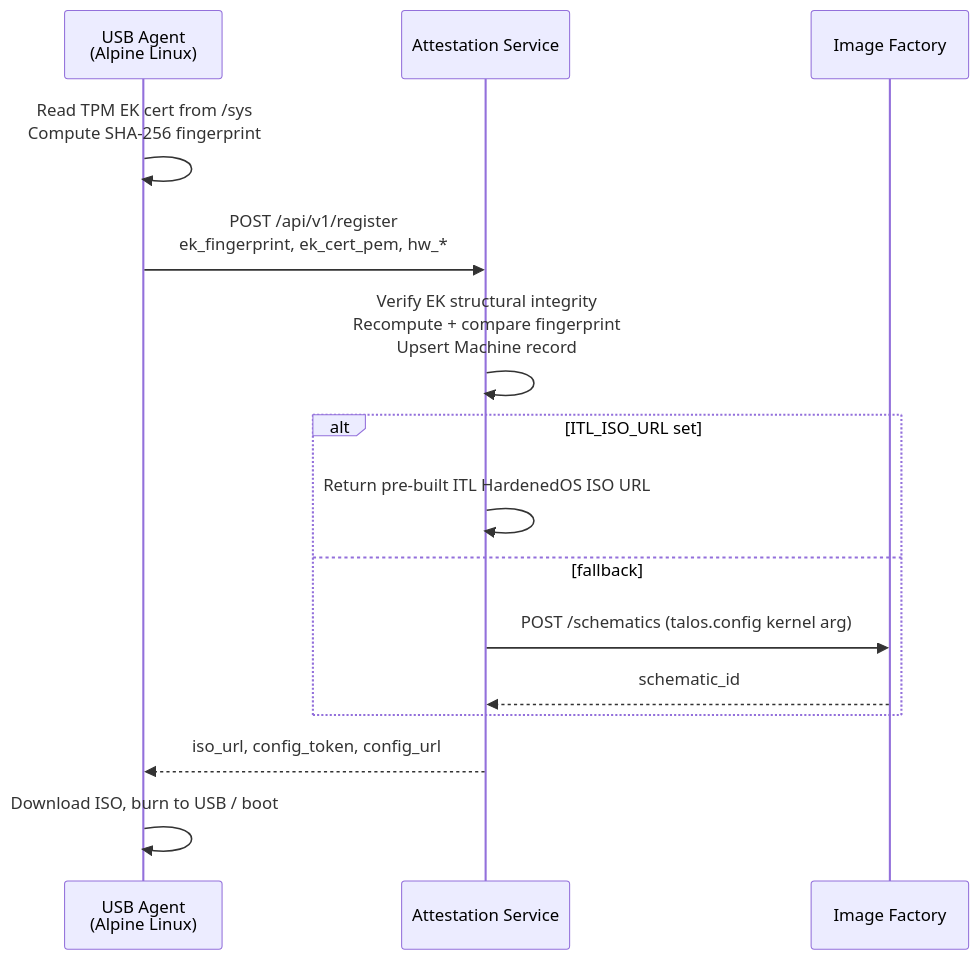
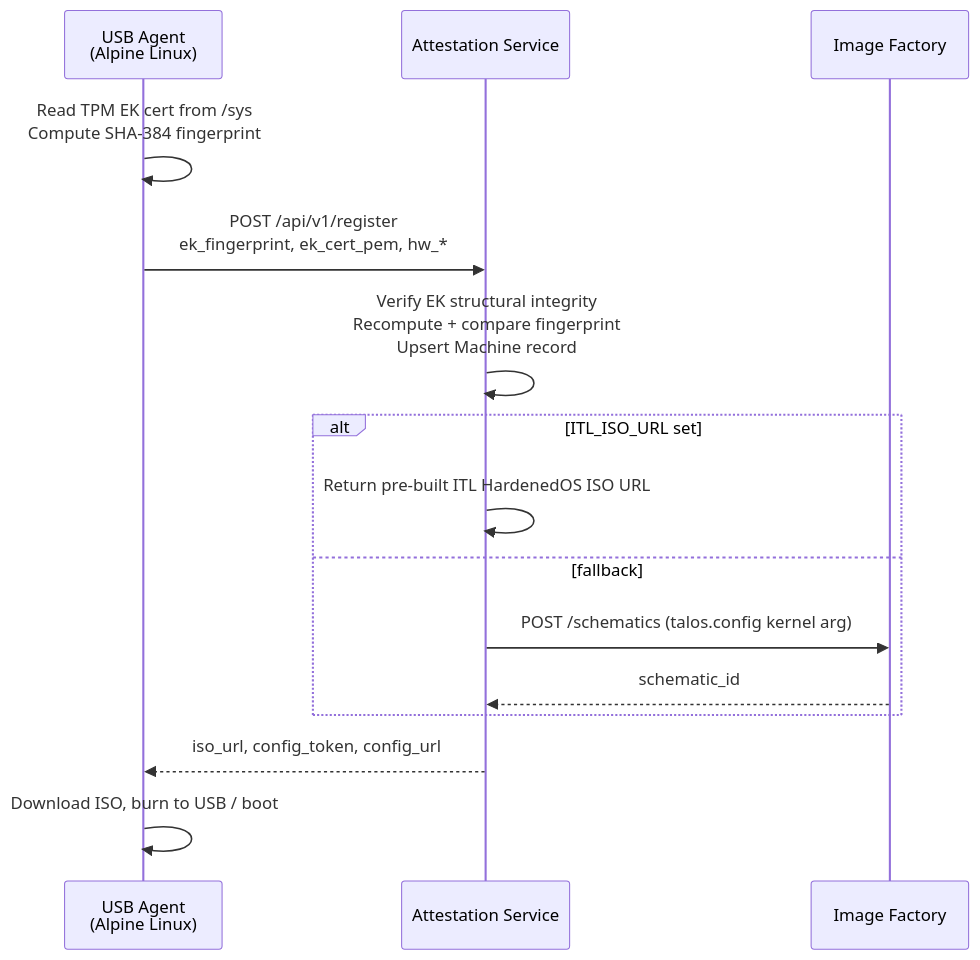
The fifth of 7 diagrams in docs/reference/architecture.md (ITlusions/ITL.ControlPlane.Attestation), drawn with Mermaid before and after one commit. The commit also changed other lines of this file and 6 other files, not shown here.

````diff
--- a/docs/reference/architecture.md
+++ b/docs/reference/architecture.md
@@ -476,18 +479,18 @@
 ```mermaid
 sequenceDiagram
   participant Agent as USB Agent<br/>(Alpine Linux)
   participant Svc   as Attestation Service
   participant Fac   as Image Factory
 
-  Agent->>Agent: Read TPM EK cert from /sys<br/>Compute SHA-256 fingerprint
+  Agent->>Agent: Read TPM EK cert from /sys<br/>Compute SHA-384 fingerprint
   Agent->>Svc: POST /api/v1/register<br/>ek_fingerprint, ek_cert_pem, hw_*
   Svc->>Svc: Verify EK structural integrity<br/>Recompute + compare fingerprint<br/>Upsert Machine record
   alt ITL_ISO_URL set
     Svc->>Svc: Return pre-built ITL HardenedOS ISO URL
   else fallback
     Svc->>Fac: POST /schematics (talos.config kernel arg)
     Fac-->>Svc: schematic_id
   end
   Svc-->>Agent: iso_url, config_token, config_url
   Agent->>Agent: Download ISO, burn to USB / boot
 ```
````
